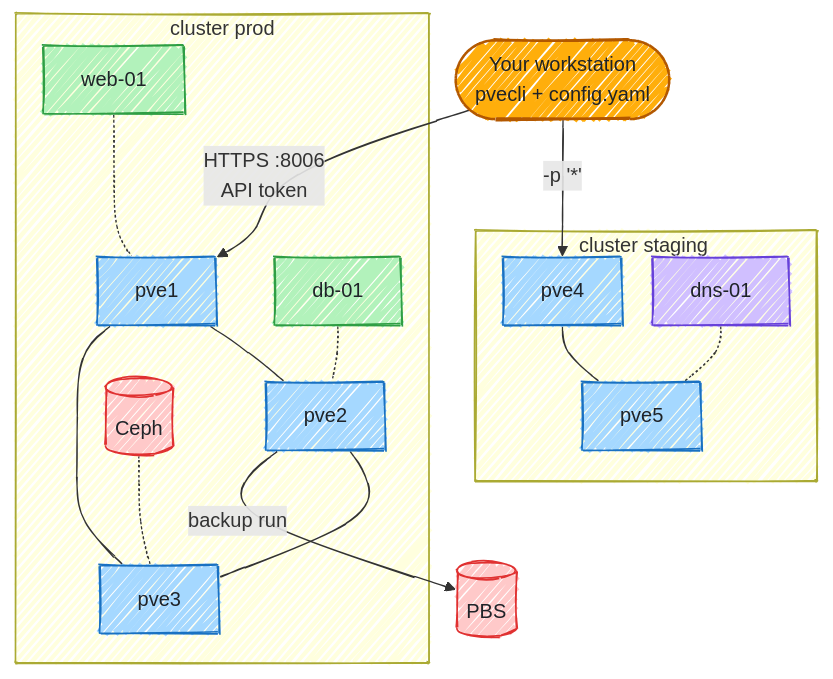
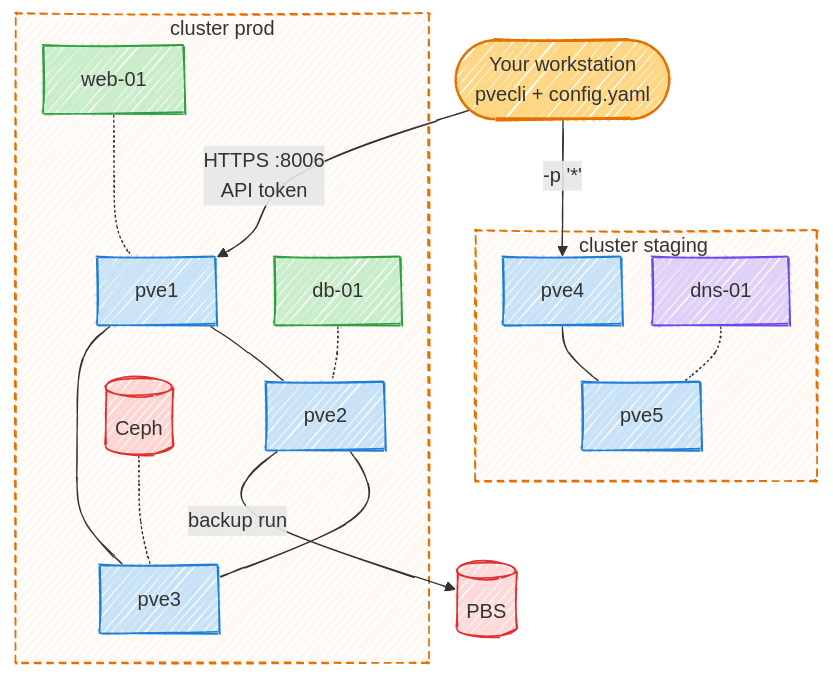
One commit to Helphyy/pvecli changed the first of 4 diagrams in docs/sample.md. Above: the diagram before and after it, drawn with Mermaid. The commit also changed 7 other files, not shown here.

````diff
--- a/docs/sample.md
+++ b/docs/sample.md
@@ -166,32 +166,34 @@
 ```mermaid
 ---
 config:
   look: handDrawn
   flowchart:
     curve: basis
     nodeSpacing: 22
     rankSpacing: 40
 ---
 flowchart TB
   you(["Your workstation<br/>pvecli + config.yaml"]):::pv
   you -- "HTTPS :8006<br/>API token" --> p1
   you -- "-p '*'" --> s1
   subgraph prod ["cluster prod"]
     p1["pve1"]:::host --- p2["pve2"]:::host --- p3["pve3"]:::host
     p1 --- p3
     vm1["web-01"]:::vm -.- p1
     vm2["db-01"]:::vm -.- p2
     ceph[("Ceph")]:::store -.- p3
   end
   subgraph staging ["cluster staging#nbsp;"]
     s1["pve4"]:::host --- s2["pve5"]:::host
     ct1["dns-01"]:::ct -.- s2
   end
   p2 -- "backup run" --> pbs[("PBS")]:::store
 
-  classDef pv fill:#ffae0b,stroke:#b35800,color:#1f2328,stroke-width:2px
-  classDef host fill:#a5d8ff,stroke:#1971c2,color:#1f2328
-  classDef vm fill:#b2f2bb,stroke:#2f9e44,color:#1f2328
-  classDef ct fill:#d0bfff,stroke:#6741d9,color:#1f2328
-  classDef store fill:#ffc9c9,stroke:#e03131,color:#1f2328
+  classDef pv fill:#ffae0b80,stroke:#e57000,stroke-width:2px
+  classDef host fill:#4dabf74d,stroke:#1c7ed6
+  classDef vm fill:#51cf664d,stroke:#2f9e44
+  classDef ct fill:#9775fa4d,stroke:#7048e8
+  classDef store fill:#ff6b6b40,stroke:#e03131
+  classDef zone fill:#e570000d,stroke:#e57000,stroke-dasharray:6 4
+  class prod,staging zone
 ```
````
